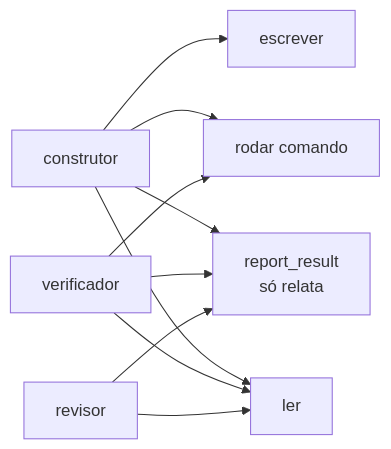
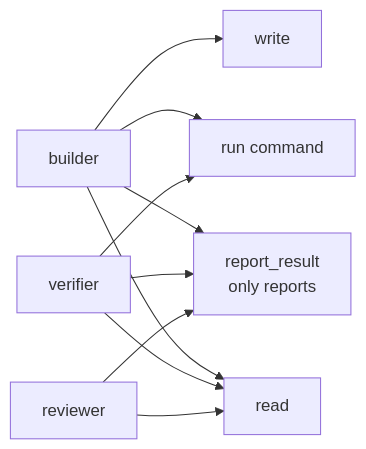
Before and after one commit to enzoconsulo/factory-tcc: the diagram in docs/tasks/en/E3-the-agent-and-its-tools/FAB-301-file-and-command-tools.md, drawn with Mermaid. The commit also changed 52 other files, not shown here.

````diff
--- a/docs/tasks/en/E3-the-agent-and-its-tools/FAB-301-file-and-command-tools.md
+++ b/docs/tasks/en/E3-the-agent-and-its-tools/FAB-301-file-and-command-tools.md
@@ -11,12 +11,12 @@
 ```mermaid
 flowchart LR
-  B["construtor"] --> L["ler"]
-  B --> W["escrever"]
-  B --> X["rodar comando"]
-  V["verificador"] --> L
+  B["builder"] --> L["read"]
+  B --> W["write"]
+  B --> X["run command"]
+  V["verifier"] --> L
   V --> X
-  R["revisor"] --> L
-  B --> RR["report_result<br/>só relata"]
+  R["reviewer"] --> L
+  B --> RR["report_result<br/>only reports"]
   V --> RR
   R --> RR
 ```
````
